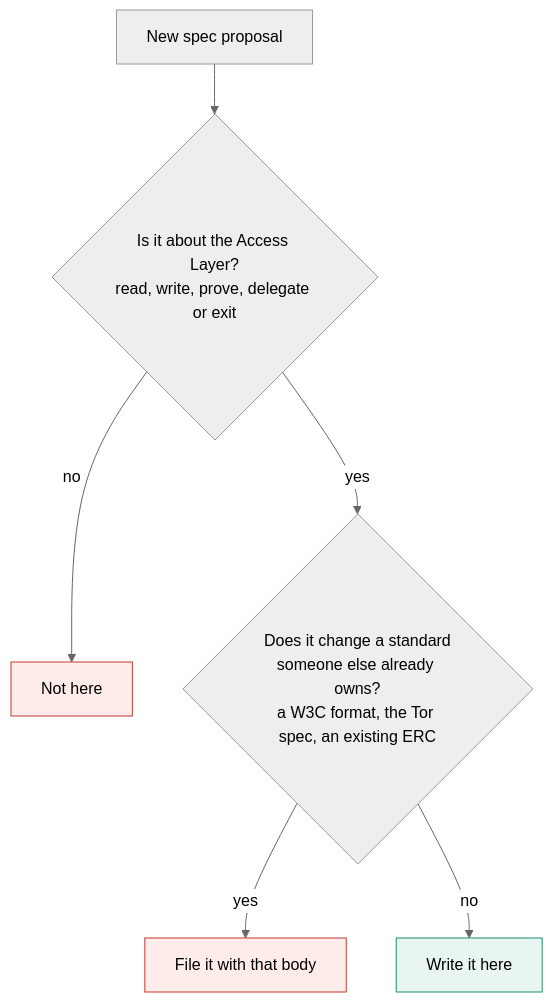
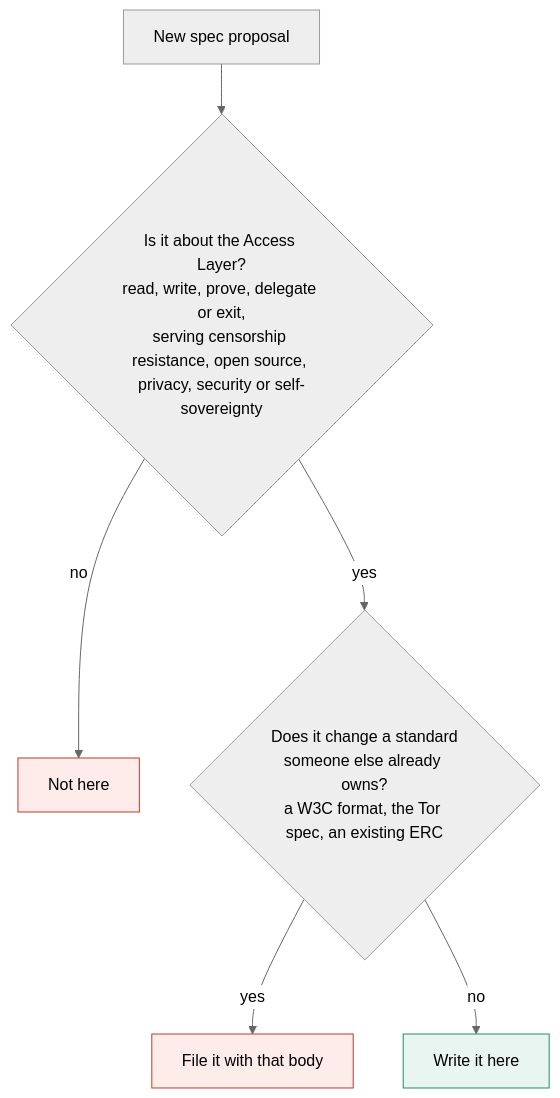
Before and after one commit to ethereum/access-layer-specs: the diagram in process/README.md, drawn with Mermaid (neutral theme). The commit also changed other lines of this file and 2 other files, not shown here.

First line of the commit message:
process: the repo is the home for Access Layer specs, name the guarantees

````diff
--- a/process/README.md
+++ b/process/README.md
@@ -32,13 +32,13 @@
 ```mermaid
 flowchart TD
-    A[New spec proposal] --> B{Is it about the Access Layer?<br>read, write, prove, delegate or exit}
+    A[New spec proposal] --> B{Is it about the Access Layer?<br>read, write, prove, delegate or exit,<br>serving censorship resistance, open source, privacy, security or self-sovereignty}
     B -- no --> C[Not here]
     B -- yes --> D{Does it change a standard<br>someone else already owns?<br>a W3C format, the Tor spec, an existing ERC}
     D -- yes --> E[File it with that body]
     D -- no --> F[Write it here]
 
     classDef elsewhere fill:#fdecea,stroke:#c0392b,color:#000
     classDef here fill:#e8f5f0,stroke:#1e8e6e,color:#000
     class C,E elsewhere
     class F here
 ```
````
